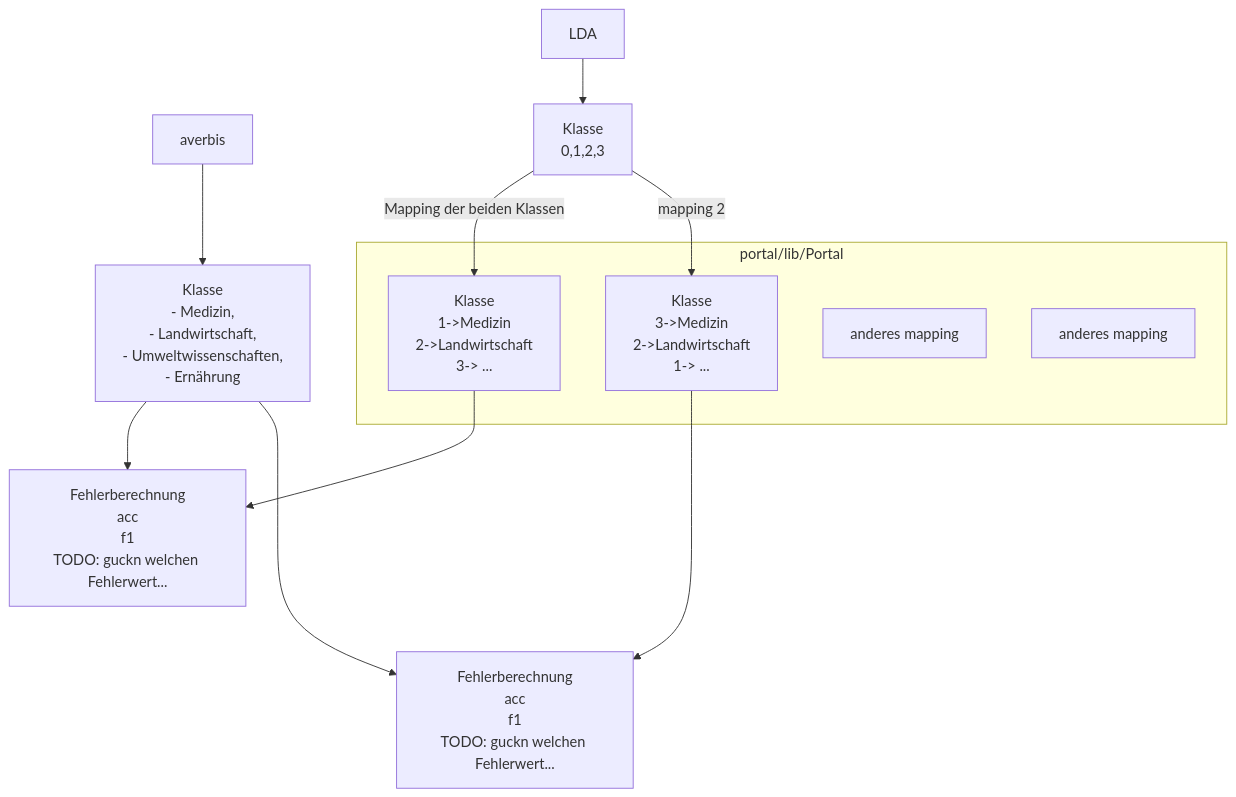
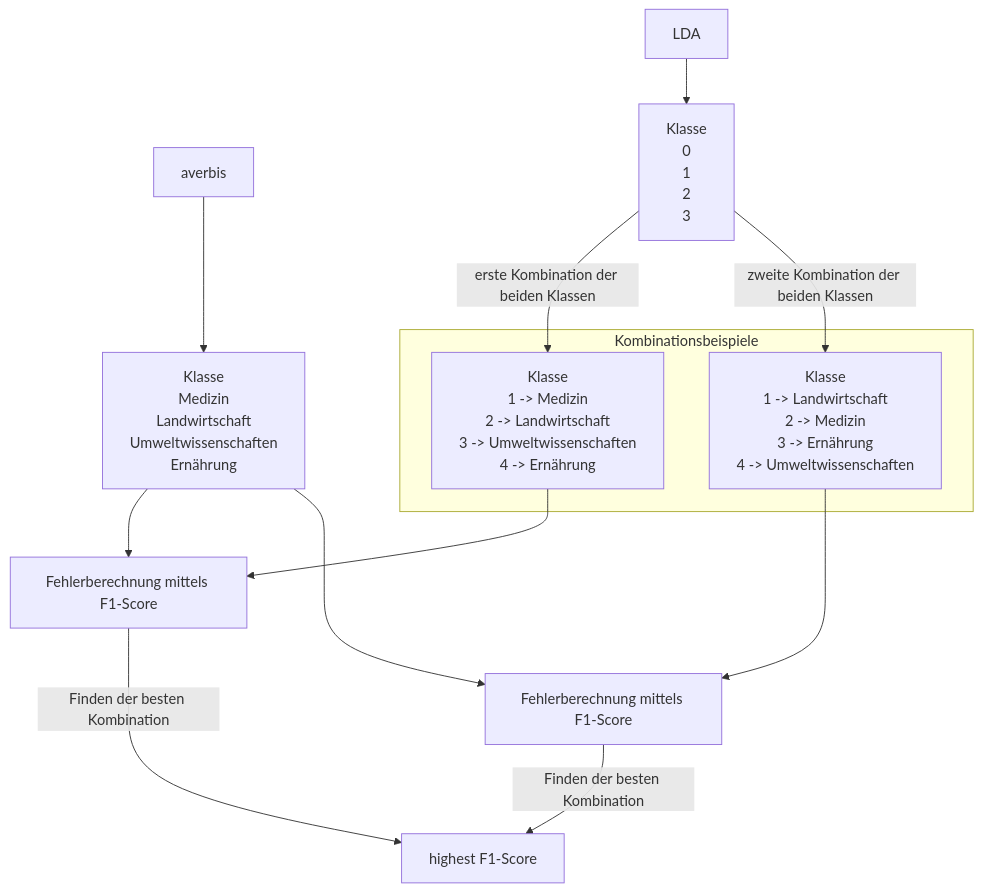
Before and after one commit to mullrich192/BA_text_classification: the diagram in README.md, drawn with Mermaid. The commit also changed other lines of this file and 30 other files, not shown here.

````diff
--- a/README.md
+++ b/README.md
@@ -3,31 +142,32 @@
 ```mermaid
 
-graph TD
+flowchart TD
 
-subgraph portal/lib/Portal
+subgraph Kombinationsbeispiele 
 class2
 class2a
-class2b[anderes mapping]
-class2c[anderes mapping]
 end
 
 
-averbis-->classa[Klasse <br> - Medizin, <br> - Landwirtschaft, <br> - Umweltwissenschaften, <br> - Ernährung]
-LDA-->class1[Klasse <br> 0,1,2,3]
+averbis-->classa[Klasse <br> Medizin <br> Landwirtschaft <br> Umweltwissenschaften <br> Ernährung]
+LDA-->class1[Klasse <br> 0 <br> 1 <br> 2 <br> 3]
 
-class1-->|Mapping der beiden Klassen|class2[Klasse <br> 1->Medizin <br> 2->Landwirtschaft <br>3-> ...]
+class1-->|erste Kombination der beiden Klassen| class2[Klasse <br> 1 -> Medizin <br> 2 -> Landwirtschaft <br> 3 -> Umweltwissenschaften <br> 4 -> Ernährung ]
 
-classa-->error[Fehlerberechnung<br>acc<br>f1<br>TODO: guckn welchen Fehlerwert...]
+classa-->error[Fehlerberechnung mittels F1-Score]
 class2-->error
 
 
-class1-->|mapping 2|class2a[Klasse <br> 3->Medizin <br> 2->Landwirtschaft <br>1-> ...]
+class1-->|zweite Kombination der beiden Klassen|class2a[Klasse <br> 1 -> Landwirtschaft <br> 2 -> Medizin <br> 3 -> Ernährung <br> 4 -> Umweltwissenschaften]
 
-classa---> errora[Fehlerberechnung<br>acc<br>f1<br>TODO: guckn welchen Fehlerwert...]
-class2a--->errora
+classa---> errora[Fehlerberechnung mittels F1-Score]
+class2a--->errora[Fehlerberechnung mittels F1-Score]
+
+error -->|Finden der besten Kombination| highest[highest F1-Score]
+errora --> |Finden der besten Kombination| highest
 
 
 
 
 
 ```
````
